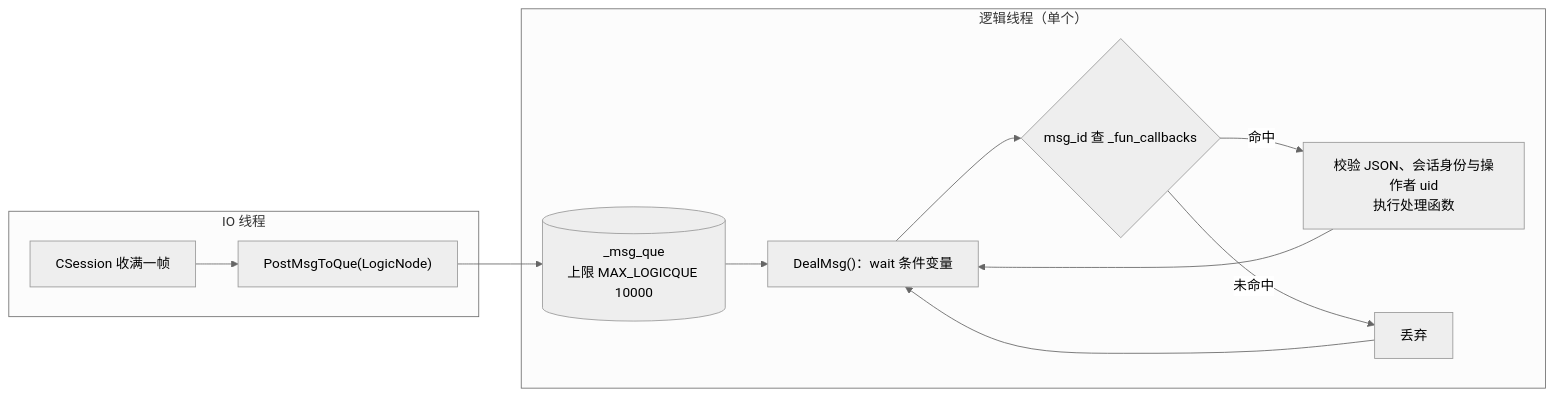
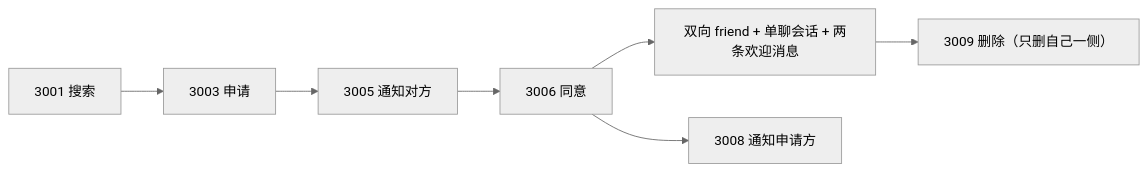
The sixth of 8 diagrams in docs/09-chat-server.md (yrc920/yunjian), drawn with Mermaid (neutral theme) before and after one commit. The commit also changed other lines of this file and 49 other files, not shown here.

````diff
--- a/docs/09-chat-server.md
+++ b/docs/09-chat-server.md
@@ -101,15 +169,9 @@
 ```mermaid
 flowchart LR
-    subgraph io["IO 线程"]
-        A["CSession 收满一帧"] --> B["PostMsgToQue(LogicNode)"]
-    end
-    subgraph logic["逻辑线程（单个）"]
-        Q[("_msg_que<br/>上限 MAX_LOGICQUE 10000")] --> C["DealMsg()：wait 条件变量"]
-        C --> D{"msg_id 查 _fun_callbacks"}
-        D -->|命中| E["校验 JSON、会话身份与操作者 uid<br/>执行处理函数"]
-        D -->|未命中| F["丢弃"]
-        E --> C
-        F --> C
-    end
-    B --> Q
+    S["3001 搜索"] --> A["3003 申请"]
+    A --> N["3005 通知对方"]
+    N --> T["3006 同意"]
+    T --> F["双向 friend + 单聊会话 + 两条欢迎消息"]
+    T --> P["3008 通知申请方"]
+    F --> D["3009 删除（只删自己一侧）"]
 ```
````
